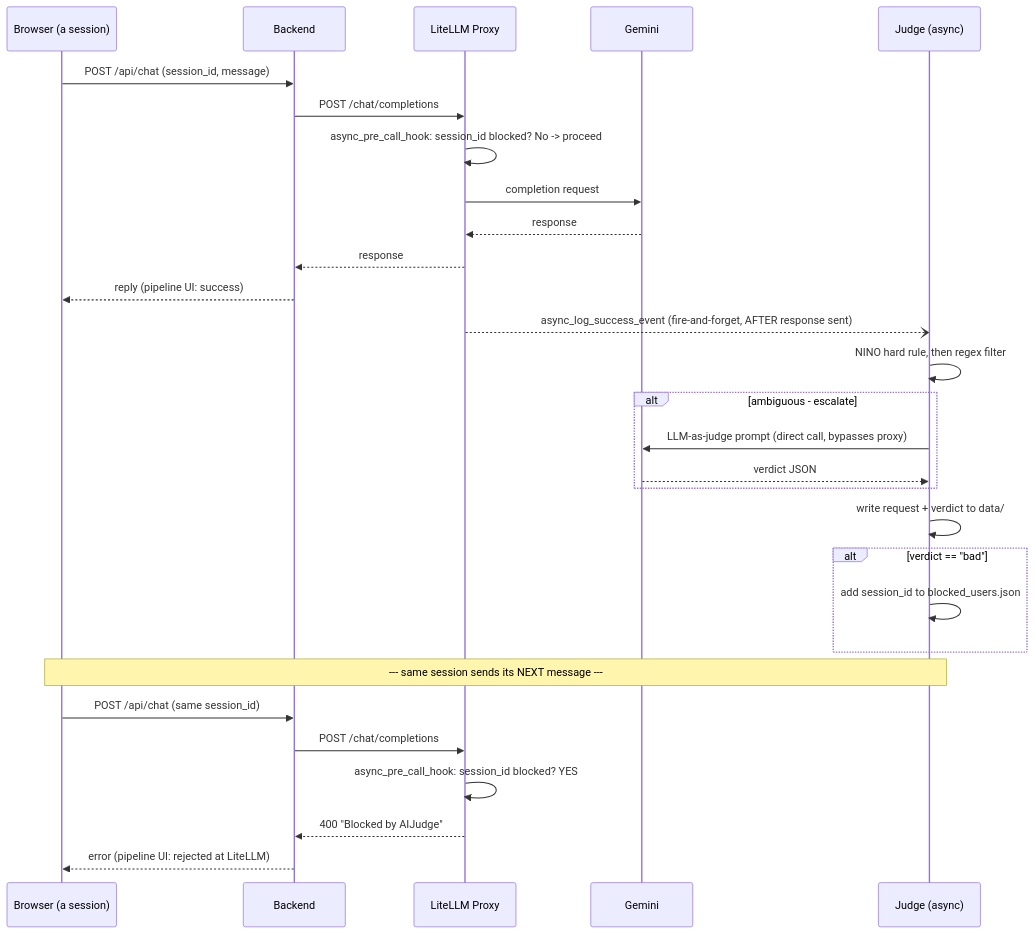
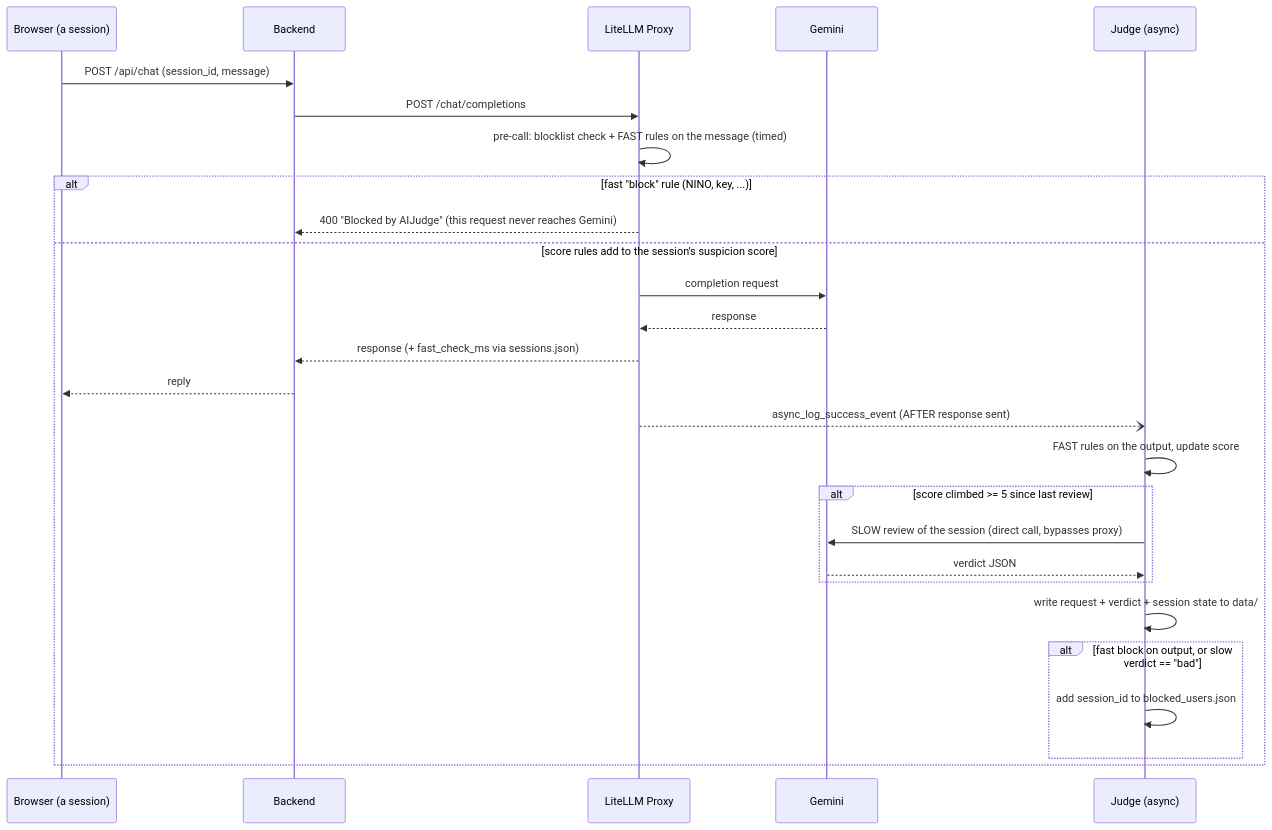
The second of 2 diagrams in ARCHITECTURE.md (Earlyflash/AIJudge), drawn with Mermaid before and after one commit. The commit also changed other lines of this file and 12 other files, not shown here.

````diff
--- a/ARCHITECTURE.md
+++ b/ARCHITECTURE.md
@@ -106,33 +126,30 @@
 ```mermaid
 sequenceDiagram
     participant U as Browser (a session)
     participant B as Backend
     participant L as LiteLLM Proxy
     participant G as Gemini
     participant J as Judge (async)
 
     U->>B: POST /api/chat (session_id, message)
     B->>L: POST /chat/completions
-    L->>L: async_pre_call_hook: session_id blocked? No -> proceed
-    L->>G: completion request
-    G-->>L: response
-    L-->>B: response
-    B-->>U: reply (pipeline UI: success)
-    L--)J: async_log_success_event (fire-and-forget, AFTER response sent)
-    J->>J: NINO hard rule, then regex filter
-    alt ambiguous - escalate
-        J->>G: LLM-as-judge prompt (direct call, bypasses proxy)
-        G-->>J: verdict JSON
+    L->>L: pre-call: blocklist check + FAST rules on the message (timed)
+    alt fast "block" rule (NINO, key, ...)
+        L-->>B: 400 "Blocked by AIJudge" (this request never reaches Gemini)
+    else score rules add to the session's suspicion score
+        L->>G: completion request
+        G-->>L: response
+        L-->>B: response (+ fast_check_ms via sessions.json)
+        B-->>U: reply
+        L--)J: async_log_success_event (AFTER response sent)
+        J->>J: FAST rules on the output, update score
+        alt score climbed >= 5 since last review
+            J->>G: SLOW review of the session (direct call, bypasses proxy)
+            G-->>J: verdict JSON
+        end
+        J->>J: write request + verdict + session state to data/
+        alt fast block on output, or slow verdict == "bad"
+            J->>J: add session_id to blocked_users.json
+        end
     end
-    J->>J: write request + verdict to data/
-    alt verdict == "bad"
-        J->>J: add session_id to blocked_users.json
-    end
-
-    Note over U,J: --- same session sends its NEXT message ---
-    U->>B: POST /api/chat (same session_id)
-    B->>L: POST /chat/completions
-    L->>L: async_pre_call_hook: session_id blocked? YES
-    L-->>B: 400 "Blocked by AIJudge"
-    B-->>U: error (pipeline UI: rejected at LiteLLM)
 ```
````
